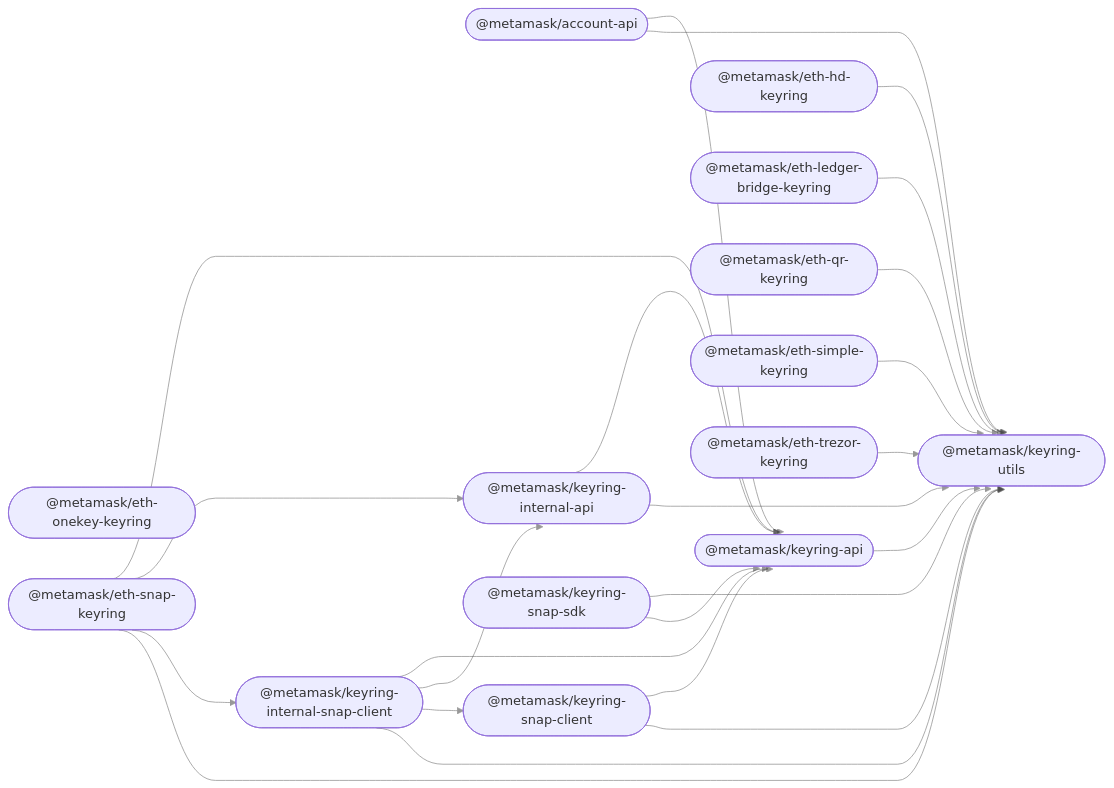
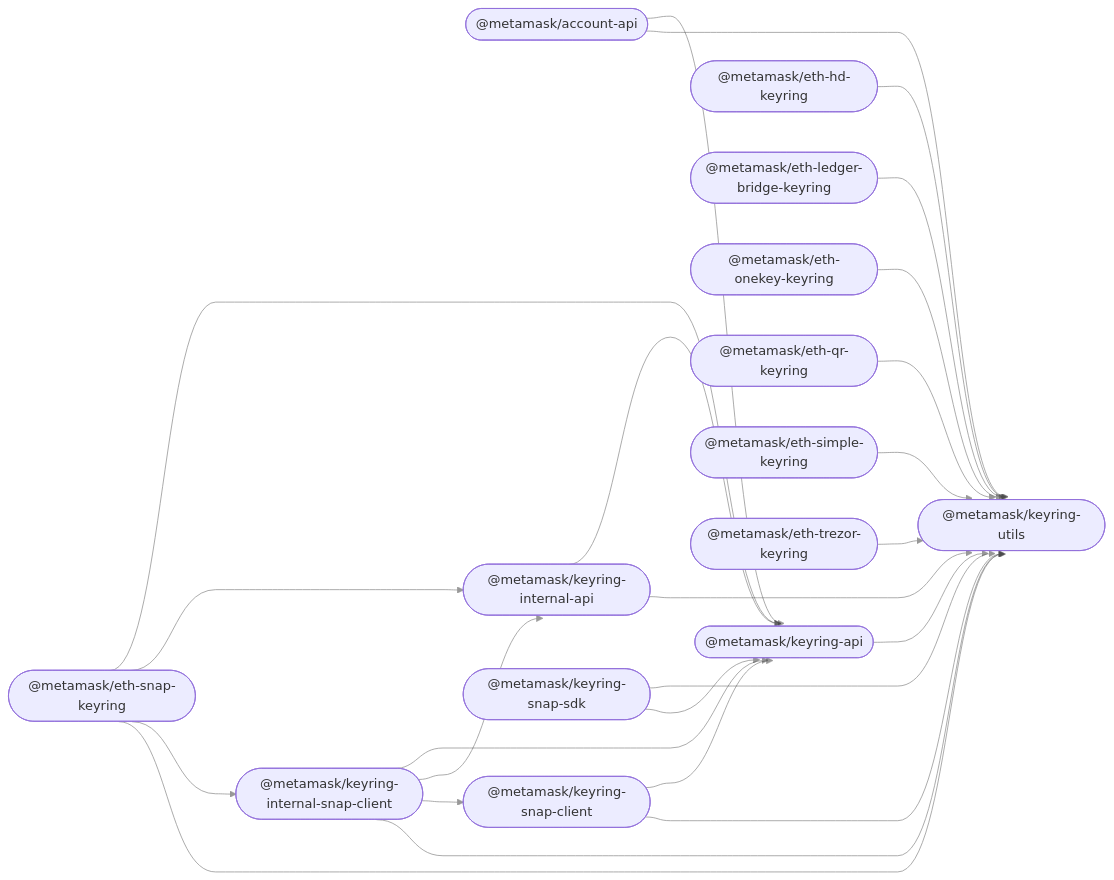
The diagram in README.md (MetaMask/accounts), drawn with Mermaid before and after one commit. The commit also changed 7 other files, not shown here.

````diff
--- a/README.md
+++ b/README.md
@@ -36,41 +36,42 @@
 ```mermaid
 %%{ init: { 'flowchart': { 'curve': 'bumpX' } } }%%
 graph LR;
 linkStyle default opacity:0.5
   account_api(["@metamask/account-api"]);
   keyring_api(["@metamask/keyring-api"]);
   eth_hd_keyring(["@metamask/eth-hd-keyring"]);
   eth_ledger_bridge_keyring(["@metamask/eth-ledger-bridge-keyring"]);
   eth_onekey_keyring(["@metamask/eth-onekey-keyring"]);
   eth_qr_keyring(["@metamask/eth-qr-keyring"]);
   eth_simple_keyring(["@metamask/eth-simple-keyring"]);
   eth_trezor_keyring(["@metamask/eth-trezor-keyring"]);
   keyring_internal_api(["@metamask/keyring-internal-api"]);
   keyring_internal_snap_client(["@metamask/keyring-internal-snap-client"]);
   eth_snap_keyring(["@metamask/eth-snap-keyring"]);
   keyring_snap_client(["@metamask/keyring-snap-client"]);
   keyring_snap_sdk(["@metamask/keyring-snap-sdk"]);
   keyring_utils(["@metamask/keyring-utils"]);
   account_api --> keyring_api;
   account_api --> keyring_utils;
   keyring_api --> keyring_utils;
   eth_hd_keyring --> keyring_utils;
   eth_ledger_bridge_keyring --> keyring_utils;
+  eth_onekey_keyring --> keyring_utils;
   eth_qr_keyring --> keyring_utils;
   eth_simple_keyring --> keyring_utils;
   eth_trezor_keyring --> keyring_utils;
   keyring_internal_api --> keyring_api;
   keyring_internal_api --> keyring_utils;
   keyring_internal_snap_client --> keyring_api;
   keyring_internal_snap_client --> keyring_internal_api;
   keyring_internal_snap_client --> keyring_snap_client;
   keyring_internal_snap_client --> keyring_utils;
   eth_snap_keyring --> keyring_api;
   eth_snap_keyring --> keyring_internal_api;
   eth_snap_keyring --> keyring_internal_snap_client;
   eth_snap_keyring --> keyring_utils;
   keyring_snap_client --> keyring_api;
   keyring_snap_client --> keyring_utils;
   keyring_snap_sdk --> keyring_utils;
   keyring_snap_sdk --> keyring_api;
 ```
````
